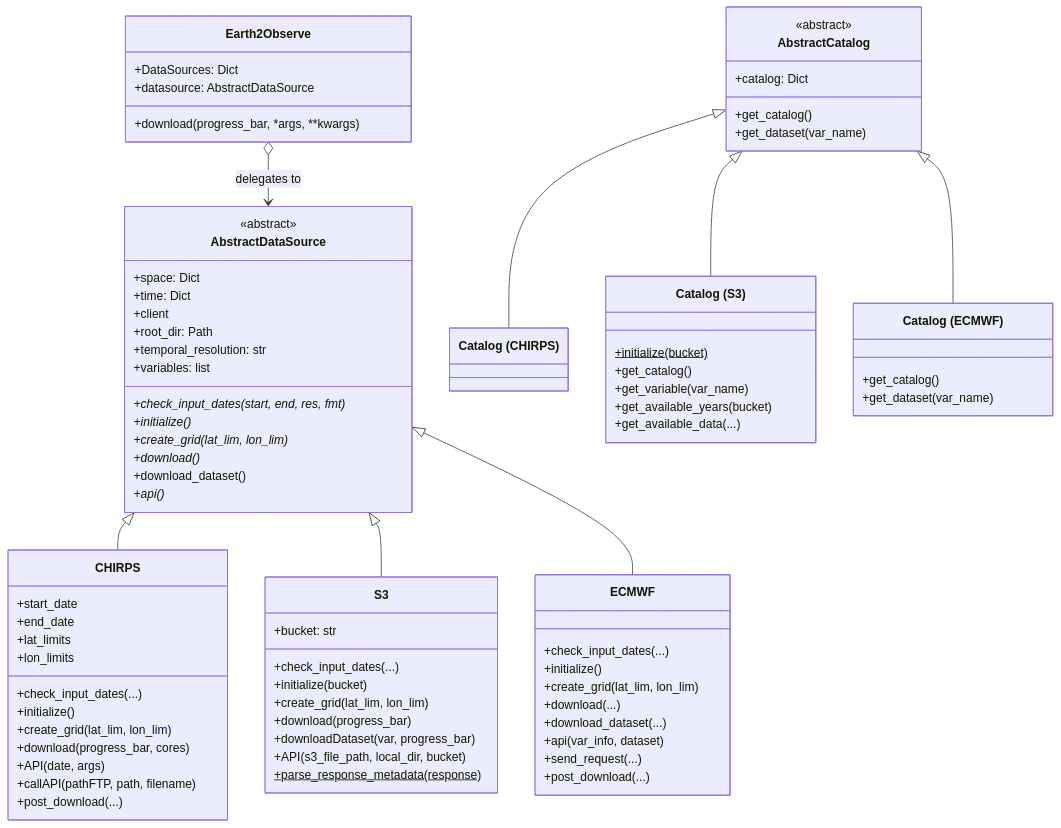
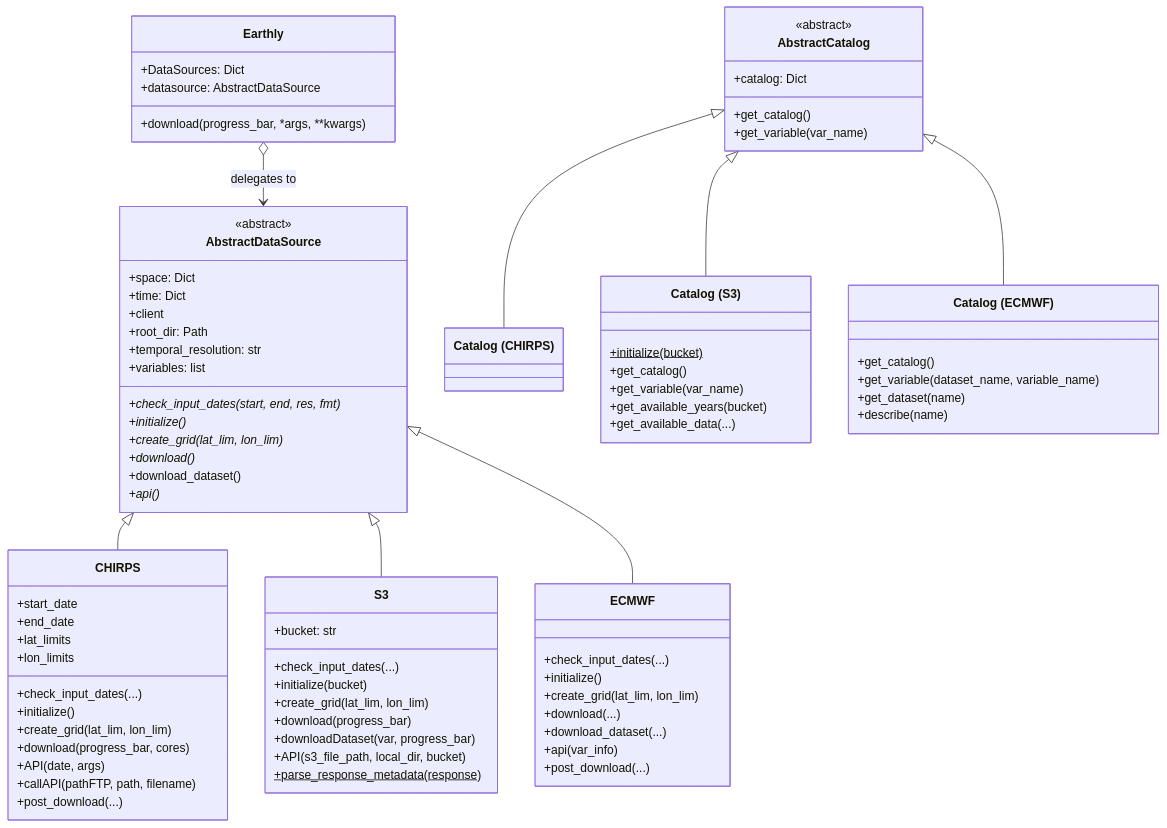
Before and after one commit to serapeum-org/earthly: the second of 5 diagrams in docs/overview/architecture.md, drawn with Mermaid. The commit also changed other lines of this file and 99 other files, not shown here.

````diff
--- a/docs/overview/architecture.md
+++ b/docs/overview/architecture.md
@@ -47,7 +47,7 @@
         <<abstract>>
         +catalog: Dict
         +get_catalog()
-        +get_dataset(var_name)
+        +get_variable(var_name)
     }
 
     class CHIRPS {
@@ -81,12 +81,11 @@
         +create_grid(lat_lim, lon_lim)
         +download(...)
         +download_dataset(...)
-        +api(var_info, dataset)
-        +send_request(...)
+        +api(var_info)
         +post_download(...)
     }
 
-    class Earth2Observe {
+    class Earthly {
         +DataSources: Dict
         +datasource: AbstractDataSource
         +download(progress_bar, *args, **kwargs)
@@ -95,7 +94,7 @@
     AbstractDataSource <|-- CHIRPS
     AbstractDataSource <|-- S3
     AbstractDataSource <|-- ECMWF
-    Earth2Observe o--> AbstractDataSource : delegates to
+    Earthly o--> AbstractDataSource : delegates to
     AbstractCatalog <|-- CHIRPS_Catalog
     AbstractCatalog <|-- S3_Catalog
     AbstractCatalog <|-- ECMWF_Catalog
@@ -109,6 +108,8 @@
     }
     class ECMWF_Catalog["Catalog (ECMWF)"] {
         +get_catalog()
-        +get_dataset(var_name)
+        +get_variable(dataset_name, variable_name)
+        +get_dataset(name)
+        +describe(name)
     }
 ```
````
